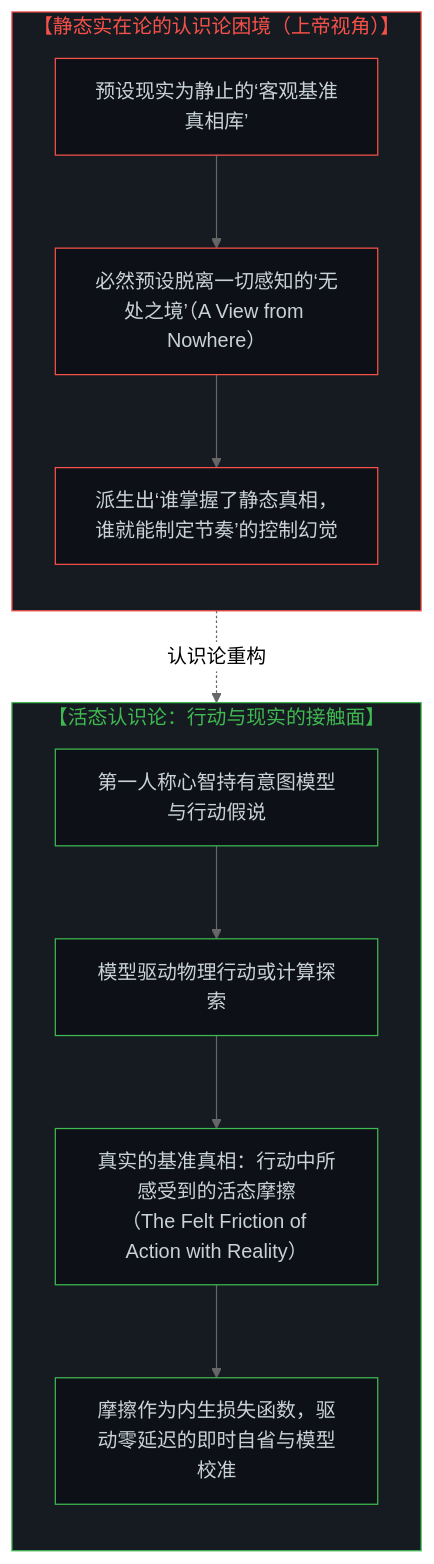
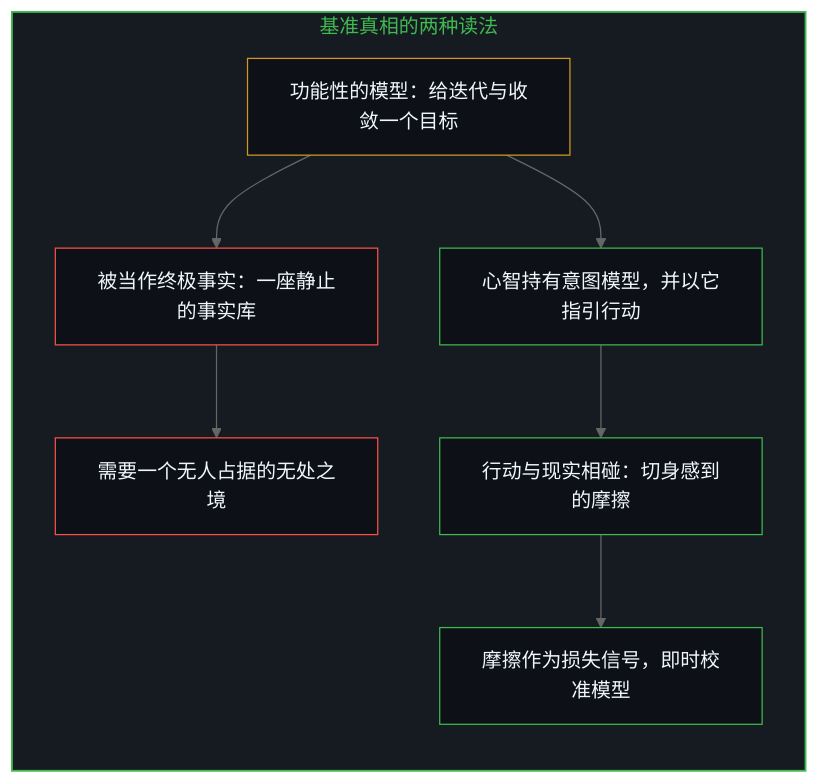
The third of 10 diagrams in content/posts/the-fallacy-of-pacing-and-the-felt-friction-of-ground-truth.md (powerpig99/not-a-toe), drawn with Mermaid (neutral theme) before and after one commit. The commit also changed other lines of this file and 5 other files, not shown here.

Commit message:
Refine the-fallacy-of-pacing: alternating bilingual layout, five paired diagrams, implicit first person; review as signal not authority in two earlier posts; anchors aligned

````diff
--- a/content/posts/the-fallacy-of-pacing-and-the-felt-friction-of-ground-truth.md
+++ b/content/posts/the-fallacy-of-pacing-and-the-felt-friction-of-ground-truth.md
@@ -73,31 +81,25 @@
 ```mermaid
-graph TD
-    subgraph S_Static_Myth["【静态实在论的认识论困境（上帝视角）】"]
+flowchart TD
+    subgraph S_Truth["基准真相的两种读法"]
         direction TB
-        G1["预设现实为静止的‘客观基准真相库’"]
-        G2["必然预设脱离一切感知的‘无处之境’（A View from Nowhere）"]
-        G3["派生出‘谁掌握了静态真相，谁就能制定节奏’的控制幻觉"]
-        G1 --> G2 --> G3
+        Useful["功能性的模型：给迭代与收敛一个目标"]
+        Store["被当作终极事实：一座静止的事实库"]
+        Nowhere["需要一个无人占据的无处之境"]
+        Model["心智持有意图模型，并以它指引行动"]
+        Friction["行动与现实相碰：切身感到的摩擦"]
+        Update["摩擦作为损失信号，即时校准模型"]
+        Useful --> Store
+        Store --> Nowhere
+        Useful --> Model
+        Model --> Friction
+        Friction --> Update
     end
 
-    subgraph S_Living_Friction["【活态认识论：行动与现实的接触面】"]
-        direction TB
-        F1["第一人称心智持有意图模型与行动假说"]
-        F2["模型驱动物理行动或计算探索"]
-        F3["真实的基准真相：行动中所感受到的活态摩擦<br>（The Felt Friction of Action with Reality）"]
-        F4["摩擦作为内生损失函数，驱动零延迟的即时自省与模型校准"]
-        F1 --> F2 --> F3 --> F4
-    end
-
-    G1 -.->|"认识论重构"| F3
-
-    style S_Static_Myth fill:#161b22,stroke:#f85149,stroke-width:1px,color:#f85149
-    style S_Living_Friction fill:#161b22,stroke:#3fb950,stroke-width:1px,color:#3fb950
-    style G1 fill:#0d1117,stroke:#f85149,stroke-width:1px,color:#c9d1d9
-    style G2 fill:#0d1117,stroke:#f85149,stroke-width:1px,color:#c9d1d9
-    style G3 fill:#0d1117,stroke:#f85149,stroke-width:1px,color:#c9d1d9
-    style F1 fill:#0d1117,stroke:#3fb950,stroke-width:1px,color:#c9d1d9
-    style F2 fill:#0d1117,stroke:#3fb950,stroke-width:1px,color:#c9d1d9
-    style F3 fill:#0d1117,stroke:#3fb950,stroke-width:1px,color:#c9d1d9
-    style F4 fill:#0d1117,stroke:#3fb950,stroke-width:1px,color:#c9d1d9
+    style S_Truth fill:#161b22,stroke:#3fb950,stroke-width:1.5px,color:#3fb950
+    style Useful fill:#0d1117,stroke:#d29922,stroke-width:1px,color:#f0f6fc
+    style Store fill:#0d1117,stroke:#f85149,stroke-width:1px,color:#f0f6fc
+    style Nowhere fill:#0d1117,stroke:#f85149,stroke-width:1px,color:#f0f6fc
+    style Model fill:#0d1117,stroke:#3fb950,stroke-width:1px,color:#f0f6fc
+    style Friction fill:#0d1117,stroke:#3fb950,stroke-width:1px,color:#f0f6fc
+    style Update fill:#0d1117,stroke:#3fb950,stroke-width:1px,color:#f0f6fc
 ```
````
